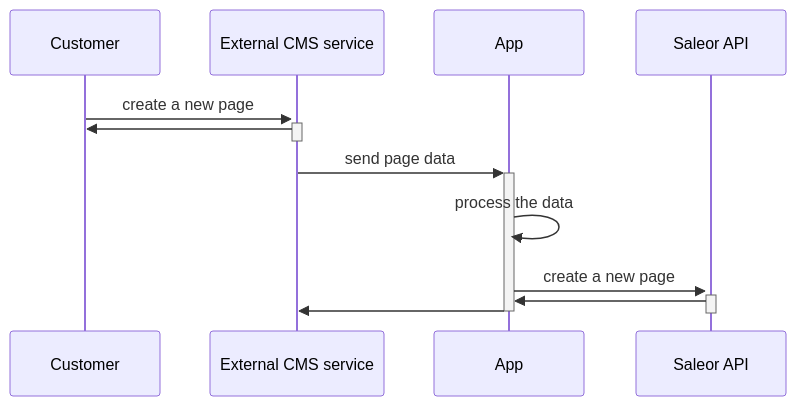
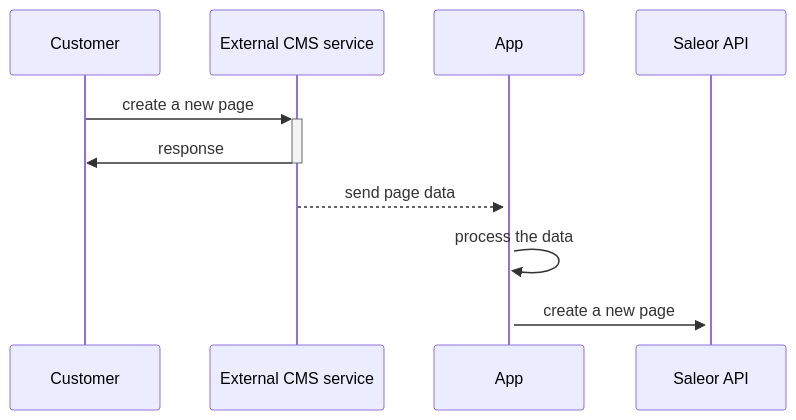
One commit to saleor/saleor-docs changed the fourth of 5 diagrams in docs/developer/extending/apps/architecture/communication-between-app-and-saleor.mdx. Above: the diagram before and after it, drawn with Mermaid. The commit also changed other lines of this file, not shown here.

````diff
--- a/docs/developer/extending/apps/architecture/communication-between-app-and-saleor.mdx
+++ b/docs/developer/extending/apps/architecture/communication-between-app-and-saleor.mdx
@@ -85,16 +95,14 @@
 ```mermaid
 sequenceDiagram
     participant c as Customer
     participant cms as External CMS service
     participant a as App
     participant s as Saleor API
 
     c ->>+ cms: create a new page
-    cms ->>- c :
+    cms ->>- c : response
 
-    cms ->>+ a: send page data
+    cms -->>+ a: send page data
     a ->> a: process the data
     a ->>+ s: create a new page
-    s ->>- a:
-    a ->>- cms:
 ```
````
